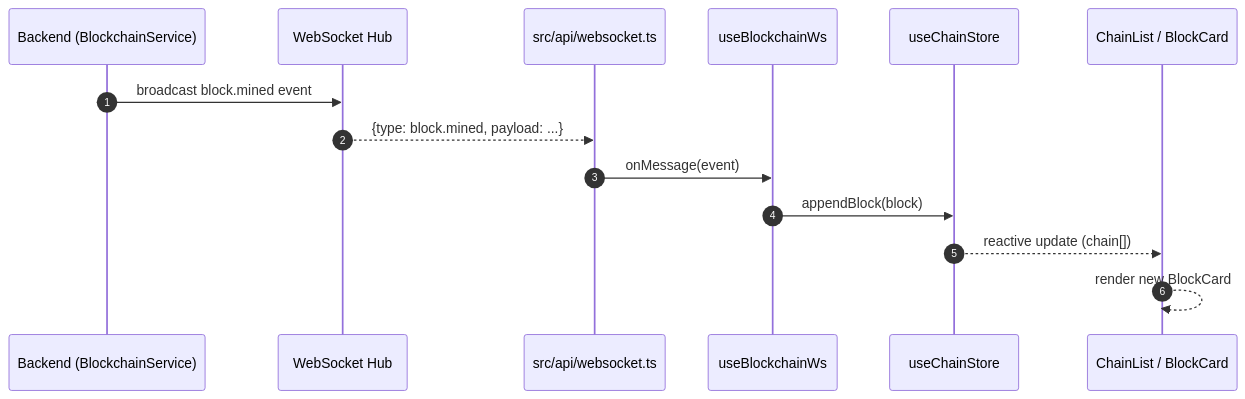
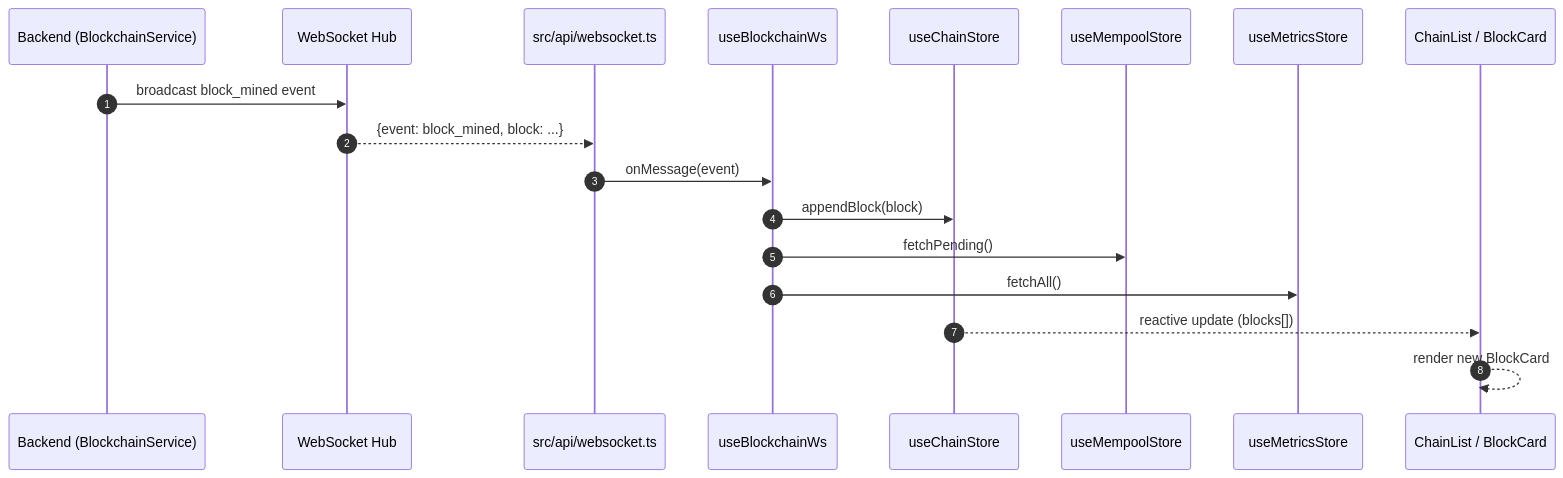
The third of 8 diagrams in docs/architecture.md (basic-blockchain/basic-blockchain-frontend), drawn with Mermaid before and after one commit. The commit also changed other lines of this file and 1 other file, not shown here.

Commit message:
docs(architecture): refresh architecture + components catalog

````diff
--- a/docs/architecture.md
+++ b/docs/architecture.md
@@ -155,17 +167,21 @@
 ```mermaid
 sequenceDiagram
     autonumber
     participant BE as Backend (BlockchainService)
     participant WS as WebSocket Hub
     participant CL as src/api/websocket.ts
     participant CP as useBlockchainWs
     participant ST as useChainStore
+    participant MS as useMempoolStore
+    participant MT as useMetricsStore
     participant UI as ChainList / BlockCard
 
-    BE->>WS: broadcast block.mined event
-    WS-->>CL: {type: block.mined, payload: ...}
+    BE->>WS: broadcast block_mined event
+    WS-->>CL: {event: block_mined, block: ...}
     CL->>CP: onMessage(event)
     CP->>ST: appendBlock(block)
-    ST-->>UI: reactive update (chain[])
+    CP->>MS: fetchPending()
+    CP->>MT: fetchAll()
+    ST-->>UI: reactive update (blocks[])
     UI-->>UI: render new BlockCard
 ```
````
